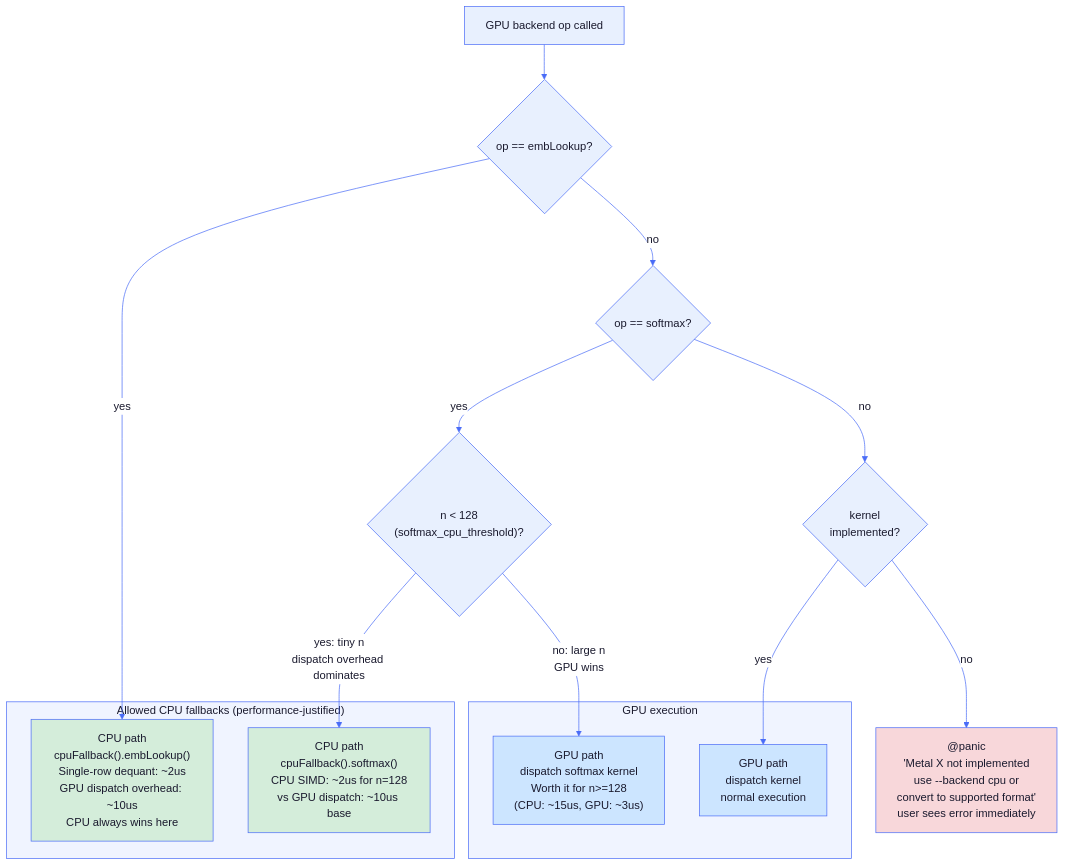
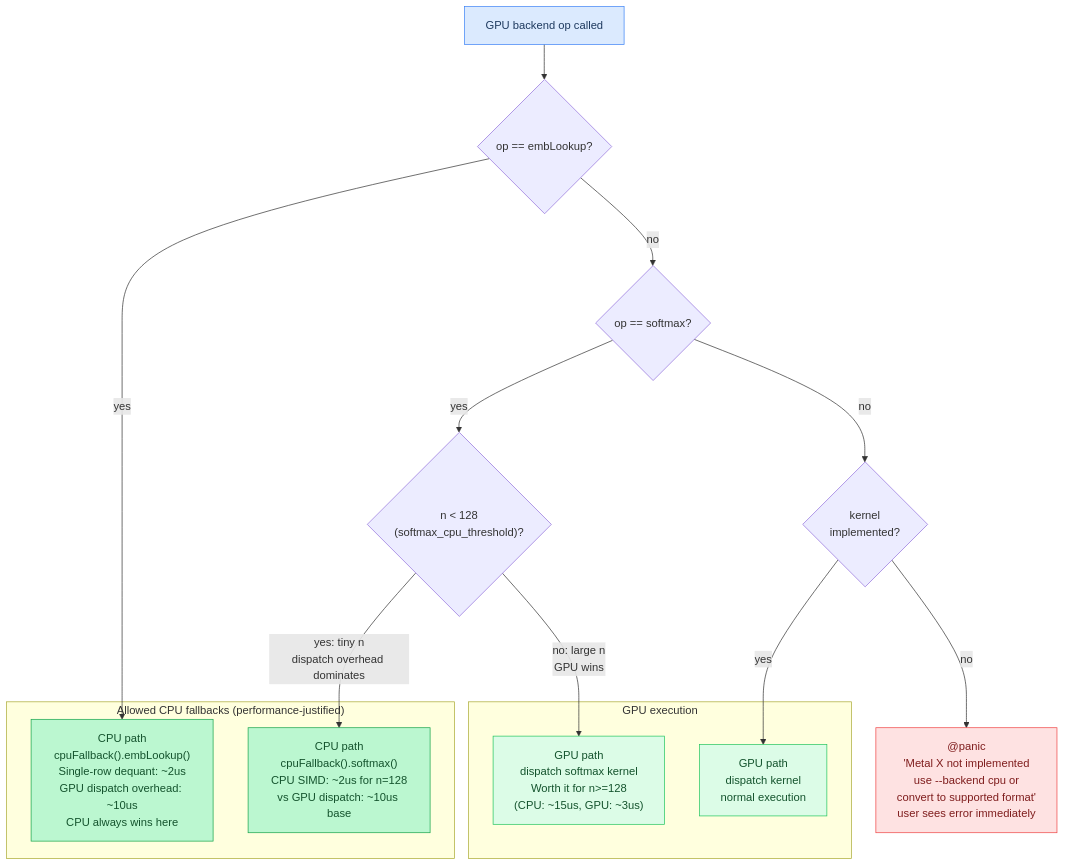
Before and after one commit to maci0/agave: the fourth of 6 diagrams in docs/tutorial/appendix-profiling.md, drawn with Mermaid. The commit also changed other lines of this file and 24 other files, not shown here.

First line of the commit message:
docs: convert all mermaid diagrams to classDef semantic colors

````diff
--- a/docs/tutorial/appendix-profiling.md
+++ b/docs/tutorial/appendix-profiling.md
@@ -356,54 +349,40 @@
 ```mermaid
-%%{init: {'theme': 'base', 'themeVariables': {
-  'primaryColor': '#e8f0fe',
-  'primaryTextColor': '#1a1a2e',
-  'primaryBorderColor': '#4a6cf7',
-  'lineColor': '#4a6cf7',
-  'secondaryColor': '#f0f4ff',
-  'tertiaryColor': '#f8f9ff',
-  'edgeLabelBackground': '#ffffff',
-  'clusterBkg': '#f0f4ff',
-  'clusterBorder': '#4a6cf7',
-  'titleColor': '#1a1a2e',
-  'nodeTextColor': '#1a1a2e',
-  'fontFamily': 'ui-monospace, SFMono-Regular, monospace'
-}}}%%
 flowchart TD
-    Op["GPU backend op called"]
+    classDef setup     fill:#dbeafe,stroke:#3b82f6,color:#1e3a5f
+    classDef sync      fill:#dcfce7,stroke:#22c55e,color:#14532d
+    classDef migration fill:#fef9c3,stroke:#eab308,color:#713f12
+    classDef success   fill:#bbf7d0,stroke:#16a34a,color:#14532d
+    classDef danger    fill:#fee2e2,stroke:#ef4444,color:#7f1d1d
+    classDef optional  fill:#f3e8ff,stroke:#9333ea,color:#581c87
+
+    Op["GPU backend op called"]:::setup
     IsEmb{"op == embLookup?"}
     IsSoftmax{"op == softmax?"}
     BelowThresh{"n < 128\n(softmax_cpu_threshold)?"}
     IsImpl{"kernel\nimplemented?"}
-
-    CpuEmb["CPU path\ncpuFallback().embLookup()\nSingle-row dequant: ~2us\nGPU dispatch overhead: ~10us\nCPU always wins here"]
-    CpuSoftmax["CPU path\ncpuFallback().softmax()\nCPU SIMD: ~2us for n=128\nvs GPU dispatch: ~10us base"]
-    GpuSoftmax["GPU path\ndispatch softmax kernel\nWorth it for n>=128\n(CPU: ~15us, GPU: ~3us)"]
-    GpuKernel["GPU path\ndispatch kernel\nnormal execution"]
-    Panic["@panic\n'Metal X not implemented\nuse --backend cpu or\nconvert to supported format'\nuser sees error immediately"]
+    CpuEmb["CPU path\ncpuFallback().embLookup()\nSingle-row dequant: ~2us\nGPU dispatch overhead: ~10us\nCPU always wins here"]:::success
+    CpuSoftmax["CPU path\ncpuFallback().softmax()\nCPU SIMD: ~2us for n=128\nvs GPU dispatch: ~10us base"]:::success
+    GpuSoftmax["GPU path\ndispatch softmax kernel\nWorth it for n>=128\n(CPU: ~15us, GPU: ~3us)"]:::sync
+    GpuKernel["GPU path\ndispatch kernel\nnormal execution"]:::sync
+    Panic["@panic\n'Metal X not implemented\nuse --backend cpu or\nconvert to supported format'\nuser sees error immediately"]:::danger
 
     Op --> IsEmb
     IsEmb -->|"yes"| CpuEmb
     IsEmb -->|"no"| IsSoftmax
     IsSoftmax -->|"yes"| BelowThresh
     IsSoftmax -->|"no"| IsImpl
     BelowThresh -->|"yes: tiny n\ndispatch overhead dominates"| CpuSoftmax
     BelowThresh -->|"no: large n\nGPU wins"| GpuSoftmax
     IsImpl -->|"yes"| GpuKernel
     IsImpl -->|"no"| Panic
 
-    style CpuEmb fill:#d4edda,color:#1a1a2e
-    style CpuSoftmax fill:#d4edda,color:#1a1a2e
-    style GpuKernel fill:#cce5ff,color:#1a1a2e
-    style GpuSoftmax fill:#cce5ff,color:#1a1a2e
-    style Panic fill:#f8d7da,color:#1a1a2e
-
     subgraph Allowed["Allowed CPU fallbacks (performance-justified)"]
         CpuEmb
         CpuSoftmax
     end
 
     subgraph GPU["GPU execution"]
         GpuKernel
         GpuSoftmax
     end
 ```
````
